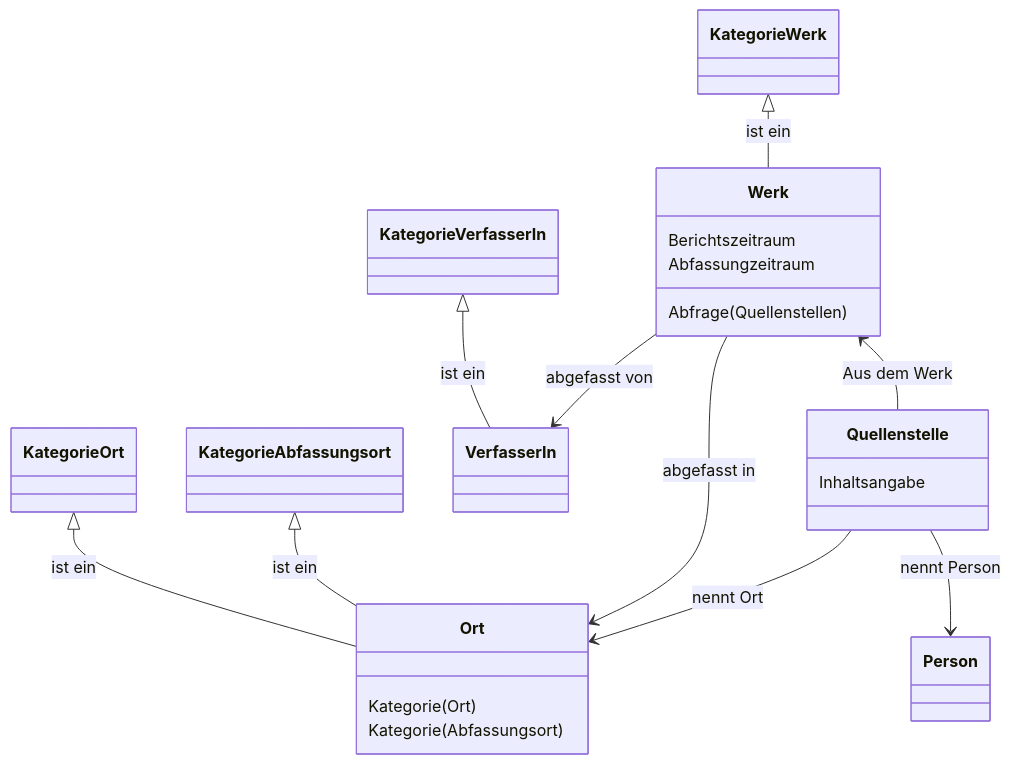
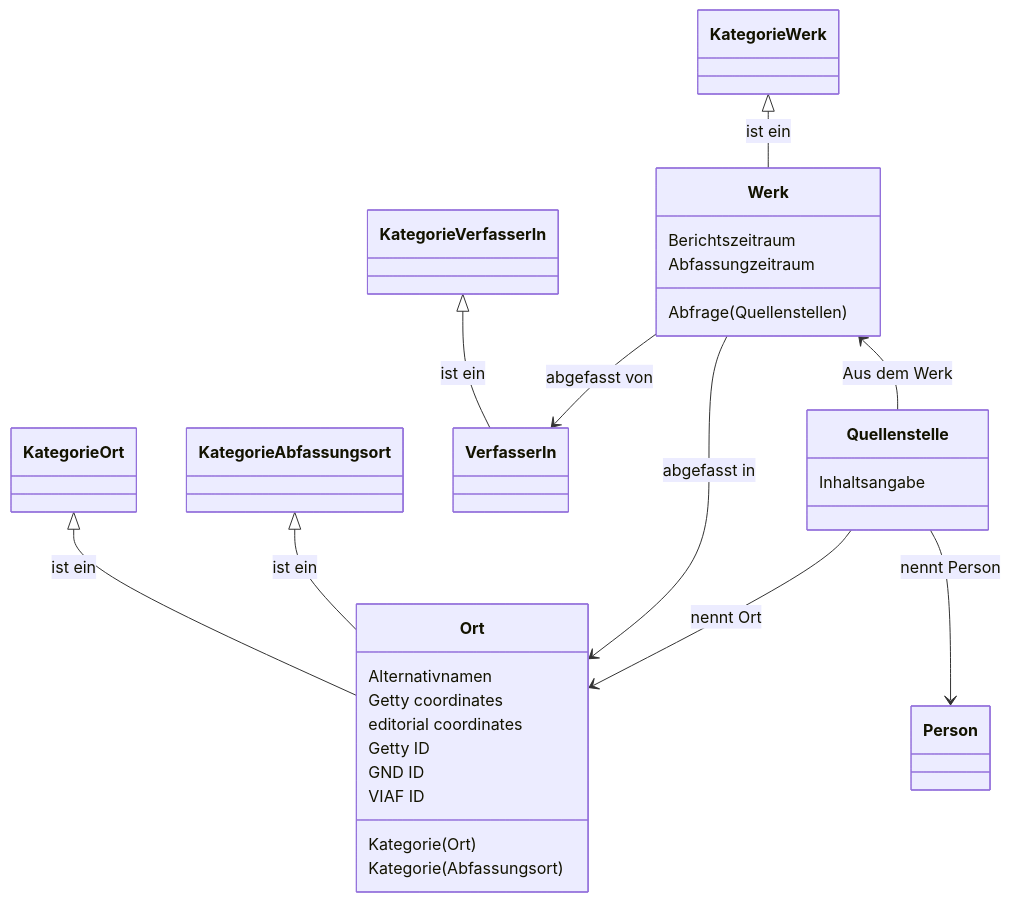
The diagram in datenmodell/Readme.MD (cceh/sarazenen-wiki), drawn with Mermaid before and after one commit.

````diff
--- a/datenmodell/Readme.MD
+++ b/datenmodell/Readme.MD
@@ -1,40 +1,46 @@
 ```mermaid
 
 classDiagram
 
     class KategorieWerk
     KategorieWerk <|-- Werk : ist ein 
     
     class KategorieOrt
     KategorieOrt <|-- Ort : ist ein 
     
     class KategorieAbfassungsort
     KategorieAbfassungsort <|-- Ort : ist ein 
     
     class KategorieVerfasserIn
     KategorieVerfasserIn <|-- VerfasserIn : ist ein 
 
     class Werk
     Werk: Berichtszeitraum 
     Werk: Abfassungzeitraum
     Werk <-- Quellenstelle : Aus dem Werk
     Werk --> VerfasserIn : abgefasst von
     Werk --> Ort : abgefasst in
     Werk: Abfrage(Quellenstellen)
     
     class VerfasserIn
 
     class Quellenstelle
     Quellenstelle: Inhaltsangabe
     Quellenstelle --> Person : nennt Person
     Quellenstelle --> Ort : nennt Ort  
 
     class Person
 
     class Ort
+    Ort: Alternativnamen
+    Ort: Getty coordinates
+    Ort: editorial coordinates
+    Ort: Getty ID
+    Ort: GND ID
+    Ort: VIAF ID
     Ort: Kategorie(Ort)
     Ort: Kategorie(Abfassungsort)
     
 end
 
 ```
````
